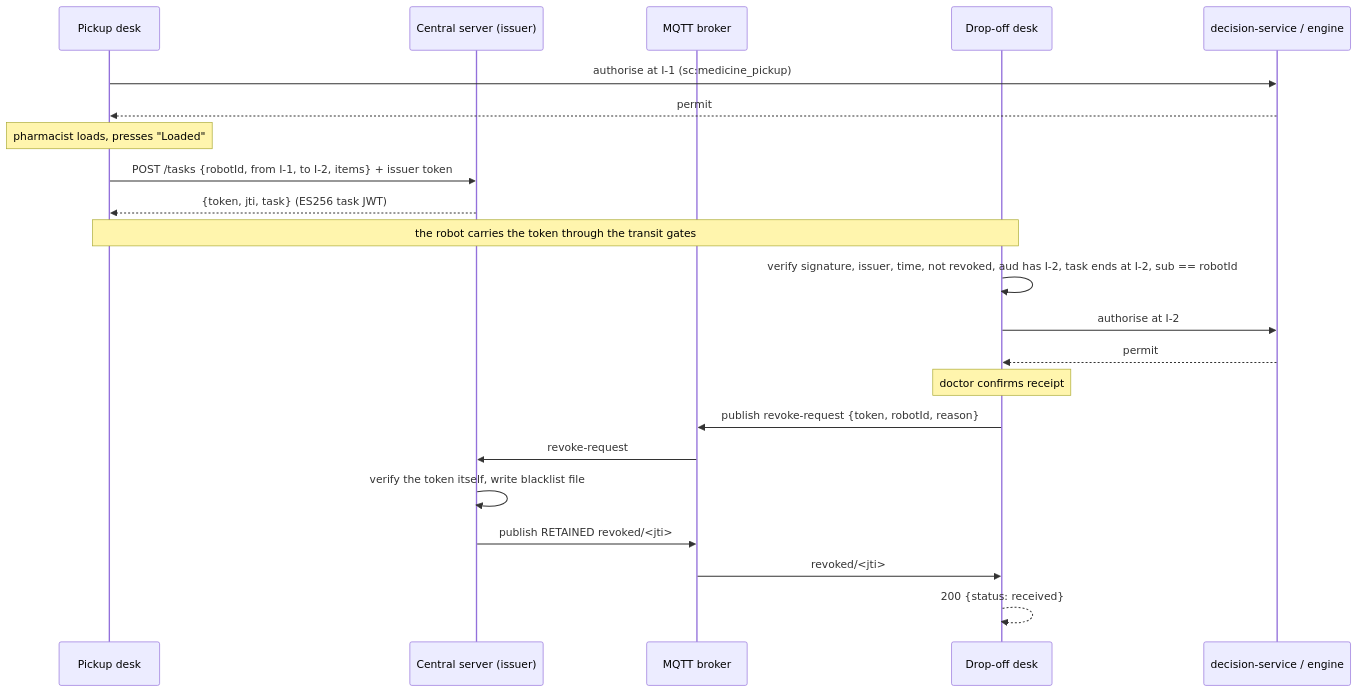
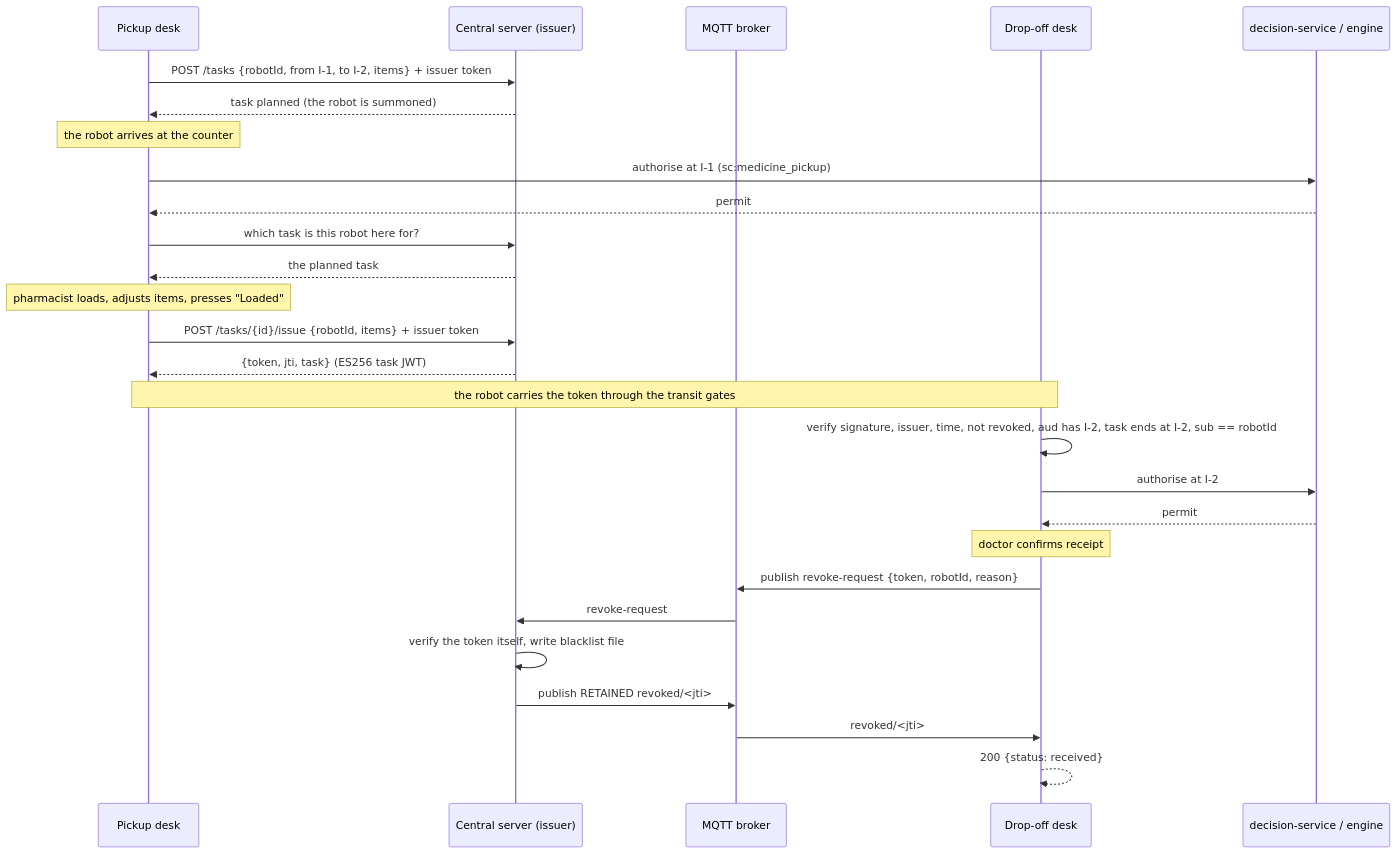
Before and after one commit to Mouazzama-dev/StormCatch-Credential: the diagram in docs/interaction-points.md, drawn with Mermaid. The commit also changed other lines of this file and 18 other files, not shown here.

Commit message:
tasks planned ahead and an activity log per task on the central server

````diff
--- a/docs/interaction-points.md
+++ b/docs/interaction-points.md
@@ -50,25 +50,30 @@
 ```mermaid
 sequenceDiagram
     participant P as Pickup desk
     participant C as Central server (issuer)
     participant B as MQTT broker
     participant D as Drop-off desk
     participant E as decision-service / engine
 
+    P->>C: POST /tasks {robotId, from I-1, to I-2, items} + issuer token
+    C-->>P: task planned (the robot is summoned)
+    Note over P: the robot arrives at the counter
     P->>E: authorise at I-1 (sc:medicine_pickup)
     E-->>P: permit
-    Note over P: pharmacist loads, presses "Loaded"
-    P->>C: POST /tasks {robotId, from I-1, to I-2, items} + issuer token
+    P->>C: which task is this robot here for?
+    C-->>P: the planned task
+    Note over P: pharmacist loads, adjusts items, presses "Loaded"
+    P->>C: POST /tasks/{id}/issue {robotId, items} + issuer token
     C-->>P: {token, jti, task}  (ES256 task JWT)
     Note over P,D: the robot carries the token through the transit gates
     D->>D: verify signature, issuer, time, not revoked, aud has I-2, task ends at I-2, sub == robotId
     D->>E: authorise at I-2
     E-->>D: permit
     Note over D: doctor confirms receipt
     D->>B: publish revoke-request {token, robotId, reason}
     B->>C: revoke-request
     C->>C: verify the token itself, write blacklist file
     C->>B: publish RETAINED revoked/<jti>
     B->>D: revoked/<jti>
     D-->>D: 200 {status: received}
 ```
````
